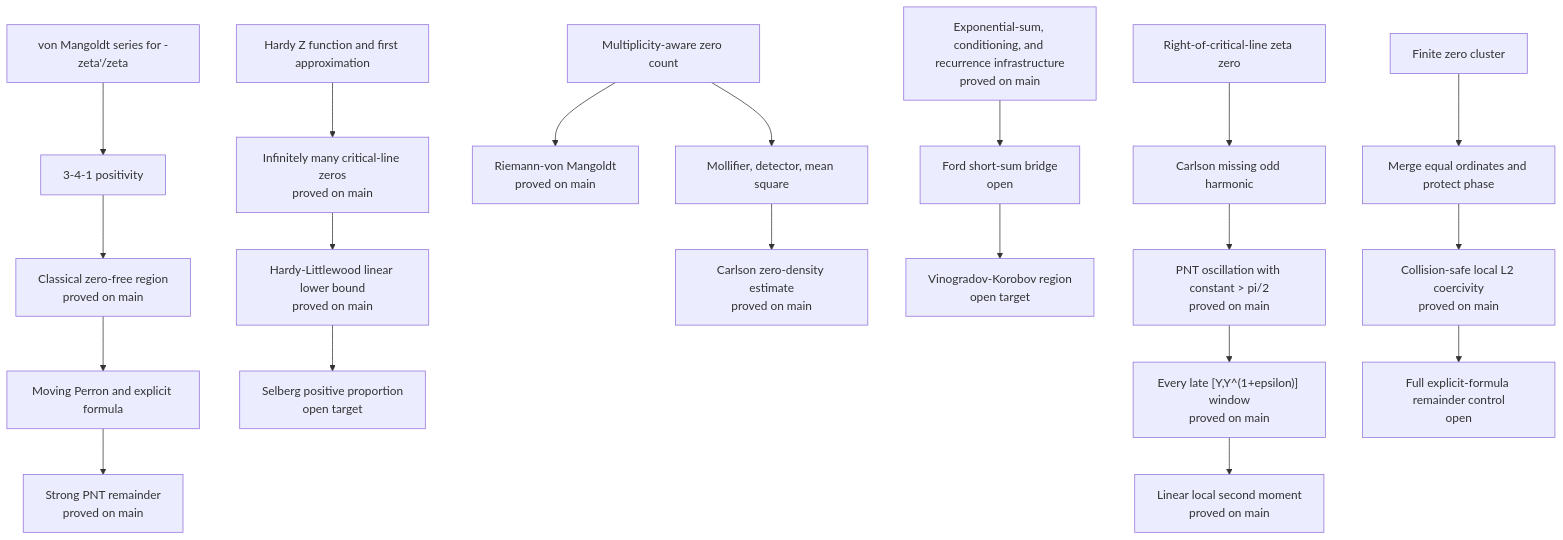
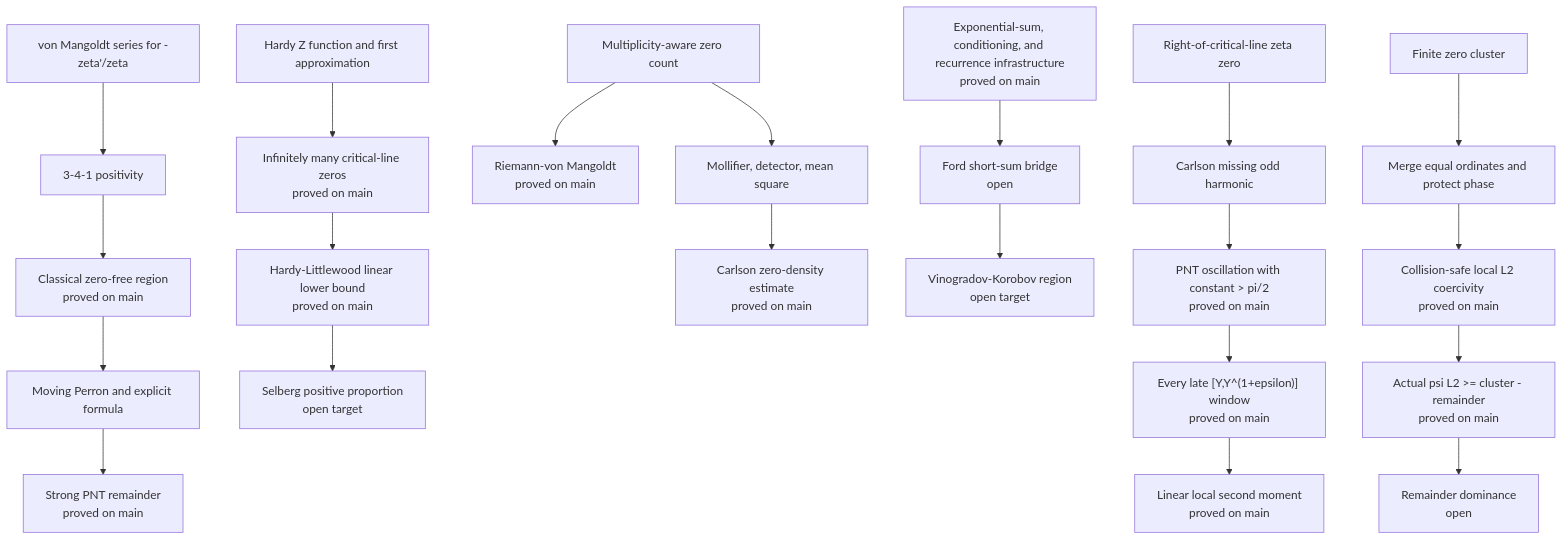
The diagram in README.md (cc-chen-tech/riemann-pnt-lean4), drawn with Mermaid before and after one commit. The commit also changed other lines of this file and 4 other files, not shown here.

Commit message:
docs: record actual psi cluster L2 bridge

````diff
--- a/README.md
+++ b/README.md
@@ -318,27 +326,28 @@
 ```mermaid
 flowchart TD
     A["von Mangoldt series for -zeta'/zeta"] --> B["3-4-1 positivity"]
     B --> C["Classical zero-free region<br/>proved on main"]
     C --> D["Moving Perron and explicit formula"]
     D --> E["Strong PNT remainder<br/>proved on main"]
 
     F["Hardy Z function and first approximation"] --> G["Infinitely many critical-line zeros<br/>proved on main"]
     G --> H["Hardy-Littlewood linear lower bound<br/>proved on main"]
     H --> I["Selberg positive proportion<br/>open target"]
 
     J["Multiplicity-aware zero count"] --> K["Riemann-von Mangoldt<br/>proved on main"]
     J --> L["Mollifier, detector, mean square"]
     L --> M["Carlson zero-density estimate<br/>proved on main"]
 
     N["Exponential-sum, conditioning, and recurrence infrastructure<br/>proved on main"] --> O["Ford short-sum bridge<br/>open"]
     O --> P["Vinogradov-Korobov region<br/>open target"]
 
     Q["Right-of-critical-line zeta zero"] --> R["Carlson missing odd harmonic"]
     R --> S["PNT oscillation with constant > pi/2<br/>proved on main"]
     S --> T["Every late [Y,Y^(1+epsilon)] window<br/>proved on main"]
     T --> U["Linear local second moment<br/>proved on main"]
 
     V["Finite zero cluster"] --> W["Merge equal ordinates and protect phase"]
     W --> X["Collision-safe local L2 coercivity<br/>proved on main"]
-    X --> Z["Full explicit-formula remainder control<br/>open"]
+    X --> Y["Actual psi L2 >= cluster - remainder<br/>proved on main"]
+    Y --> Z["Remainder dominance<br/>open"]
 ```
````
